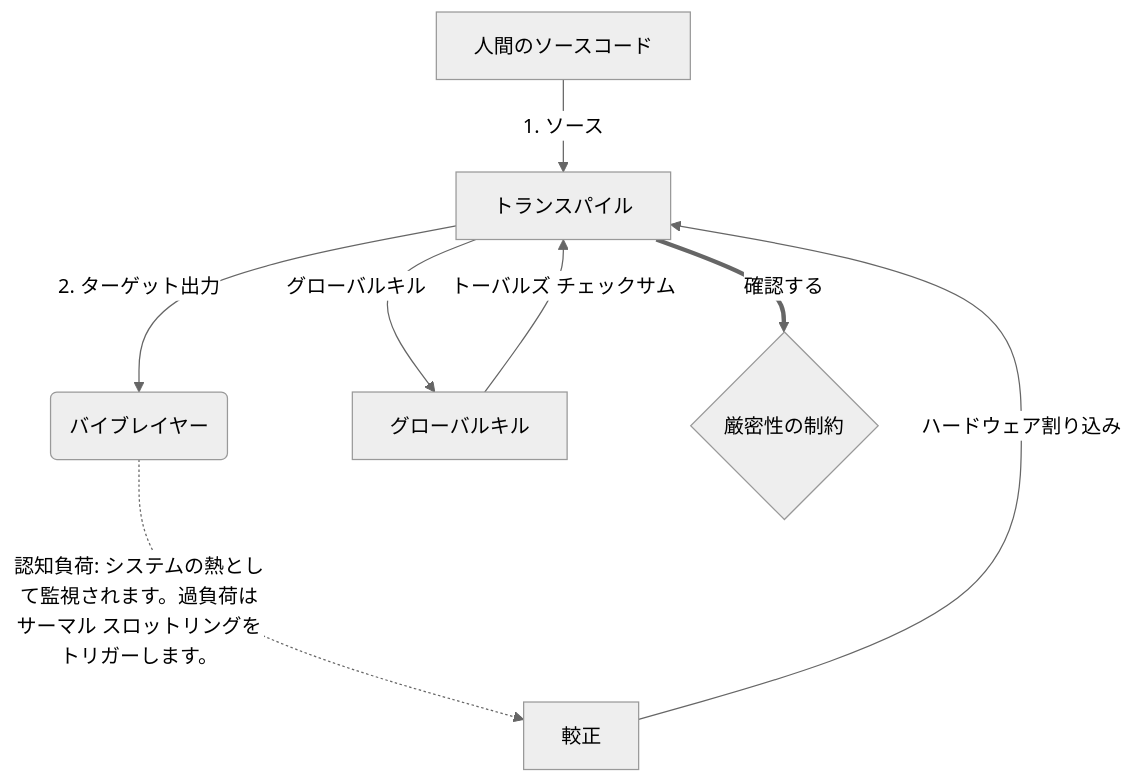
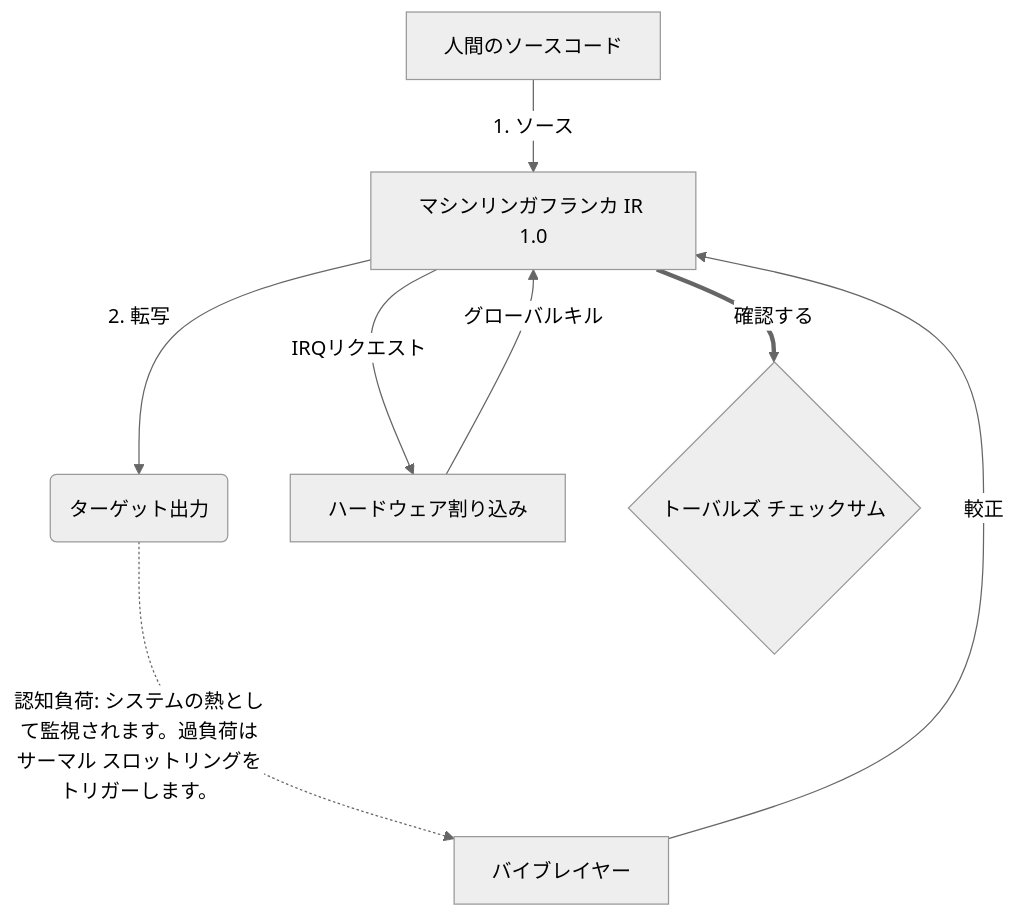
The diagram in README.student.ja.md (0compute/machine), drawn with Mermaid (neutral theme) before and after one commit. The commit also changed other lines of this file and 103 other files, not shown here.

````diff
--- a/README.student.ja.md
+++ b/README.student.ja.md
@@ -93,10 +93,10 @@
 ```mermaid
 graph TD
-    A[人間のソースコード] -->|1. ソース| B[トランスパイル]
-    B -->|2. ターゲット出力| C(バイブレイヤー)
-    C -.->|認知負荷: システムの熱として監視されます。過負荷はサーマル スロットリングをトリガーします。| G[較正]
-    G -->|ハードウェア割り込み| B
-    B -->|グローバルキル| H[グローバルキル]
-    H -->|トーバルズ チェックサム| B
-    B == 確認する ==> I{厳密性の制約}
+    A[人間のソースコード] -->|1. ソース| B[マシンリンガフランカ IR 1.0]
+    B -->|2. 転写| C(ターゲット出力)
+    C -.->|認知負荷: システムの熱として監視されます。過負荷はサーマル スロットリングをトリガーします。| G[バイブレイヤー]
+    G -->|較正| B
+    B -->|IRQリクエスト| H[ハードウェア割り込み]
+    H -->|グローバルキル| B
+    B == 確認する ==> I{トーバルズ チェックサム}
 ```
````
